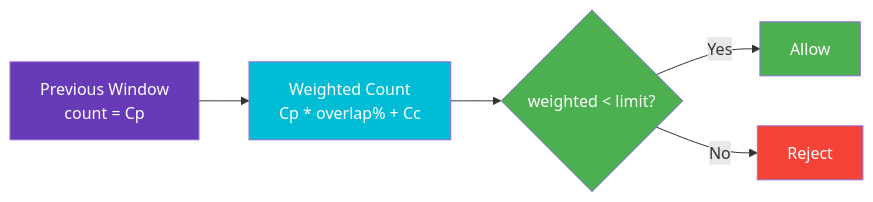
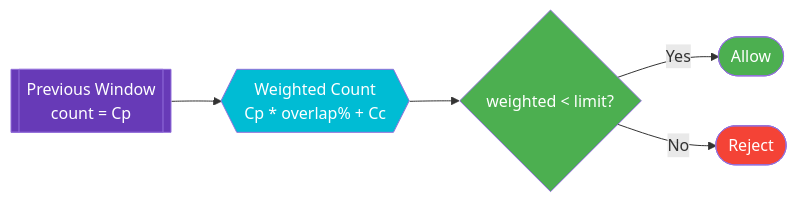
One commit to saivamsikaruturi/vamsilabs-dev-notes-main changed the fifth of 8 diagrams in docs/ratelimiting.md. Above: the diagram before and after it, drawn with Mermaid. The commit also changed other lines of this file and 146 other files, not shown here.

Commit message:
Horizontal diagrams, UML class diagrams, typography overhaul, and permalink cleanup

````diff
--- a/docs/ratelimiting.md
+++ b/docs/ratelimiting.md
@@ -216,14 +216,14 @@
 ```mermaid
-graph LR
+flowchart LR
     style A fill:#673AB7,color:#fff
     style B fill:#00BCD4,color:#fff
     style C fill:#4CAF50,color:#fff
     style D fill:#f44336,color:#fff
 
-    A[Previous Window<br/>count = Cp] --> B[Weighted Count<br/>Cp * overlap% + Cc]
-    B --> C{weighted < limit?}
-    C -->|Yes| D2[Allow]
-    C -->|No| D[Reject]
+    A[["Previous Window<br/>count = Cp"]] --> B{{"Weighted Count<br/>Cp * overlap% + Cc"}}
+    B --> C{"weighted < limit?"}
+    C -->|Yes| D2(["Allow"])
+    C -->|No| D(["Reject"])
 
     style D2 fill:#4CAF50,color:#fff
 ```
````
